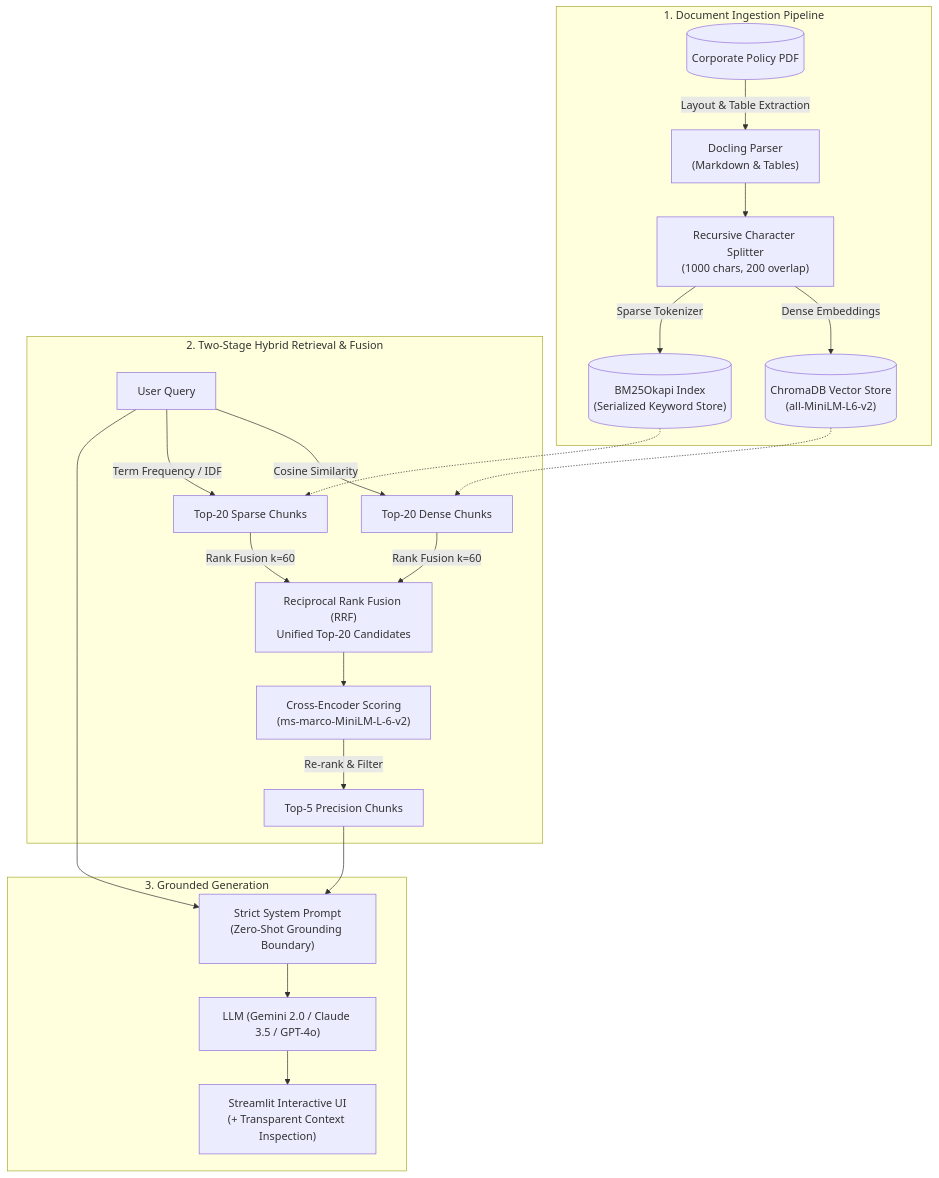
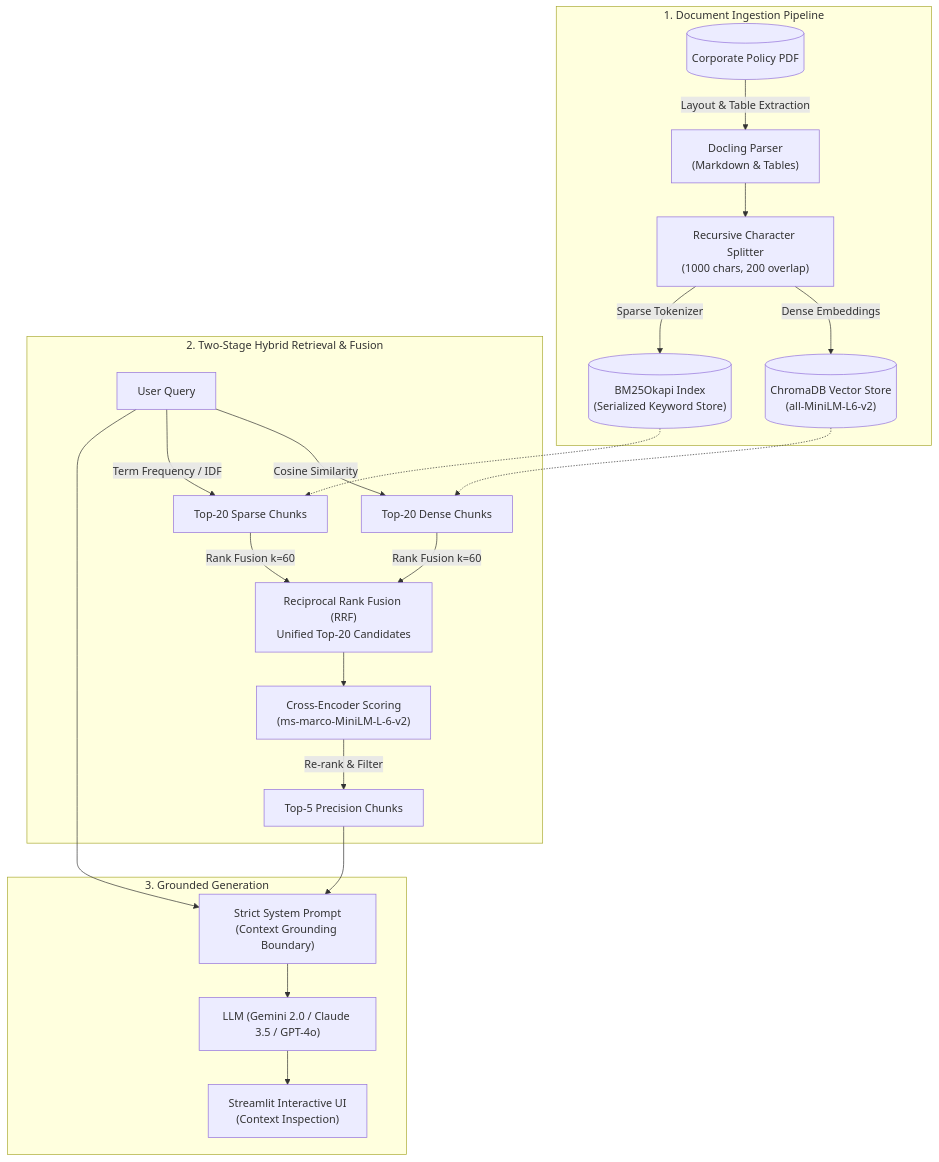
The diagram in README.md (bhavikadlecha/Hybrid-RAG-support-desk), drawn with Mermaid before and after one commit. The commit also changed other lines of this file and 1 other file, not shown here.

````diff
--- a/README.md
+++ b/README.md
@@ -17,25 +17,25 @@
 ```mermaid
 flowchart TD
     subgraph INGESTION ["1. Document Ingestion Pipeline"]
         PDF[("Corporate Policy PDF")] -->|Layout & Table Extraction| DOCLING["Docling Parser\n(Markdown & Tables)"]
         DOCLING --> CHUNK["Recursive Character Splitter\n(1000 chars, 200 overlap)"]
         CHUNK -->|Dense Embeddings| CHROMA[("ChromaDB Vector Store\n(all-MiniLM-L6-v2)")]
         CHUNK -->|Sparse Tokenizer| BM25[("BM25Okapi Index\n(Serialized Keyword Store)")]
     end
 
     subgraph RETRIEVAL ["2. Two-Stage Hybrid Retrieval & Fusion"]
         USER_Q["User Query"] -->|Cosine Similarity| TOP_VEC["Top-20 Dense Chunks"]
         USER_Q -->|Term Frequency / IDF| TOP_BM25["Top-20 Sparse Chunks"]
         CHROMA -.-> TOP_VEC
         BM25 -.-> TOP_BM25
         TOP_VEC & TOP_BM25 -->|Rank Fusion k=60| RRF["Reciprocal Rank Fusion (RRF)\nUnified Top-20 Candidates"]
         RRF --> CE["Cross-Encoder Scoring\n(ms-marco-MiniLM-L-6-v2)"]
         CE -->|Re-rank & Filter| TOP_5["Top-5 Precision Chunks"]
     end
 
     subgraph GENERATION ["3. Grounded Generation"]
-        TOP_5 & USER_Q --> PROMPT["Strict System Prompt\n(Zero-Shot Grounding Boundary)"]
+        TOP_5 & USER_Q --> PROMPT["Strict System Prompt\n(Context Grounding Boundary)"]
         PROMPT --> LLM["LLM (Gemini 2.0 / Claude 3.5 / GPT-4o)"]
-        LLM --> UI["Streamlit Interactive UI\n(+ Transparent Context Inspection)"]
+        LLM --> UI["Streamlit Interactive UI\n(Context Inspection)"]
     end
 ```
````
